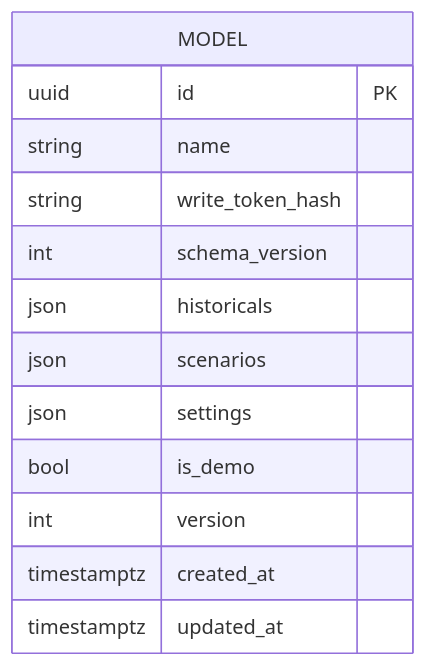
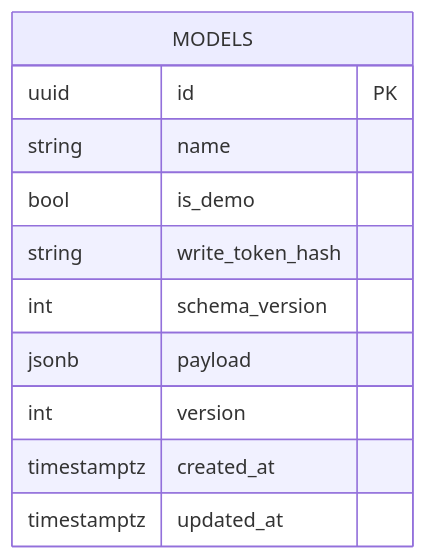
Before and after one commit to cipher2150/TriadModel: the fourth of 5 diagrams in architecture.md, drawn with Mermaid. The commit also changed other lines of this file and 22 other files, not shown here.

````diff
--- a/architecture.md
+++ b/architecture.md
@@ -143,16 +143,14 @@
 ```mermaid
 erDiagram
-  MODEL {
+  MODELS {
     uuid id PK
     string name
+    bool is_demo
     string write_token_hash
     int schema_version
-    json historicals
-    json scenarios
-    json settings
-    bool is_demo
+    jsonb payload
     int version
     timestamptz created_at
     timestamptz updated_at
   }
 ```
````
